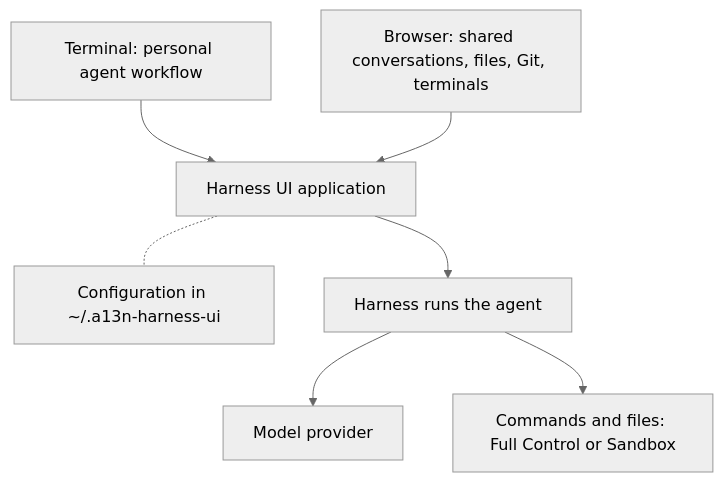
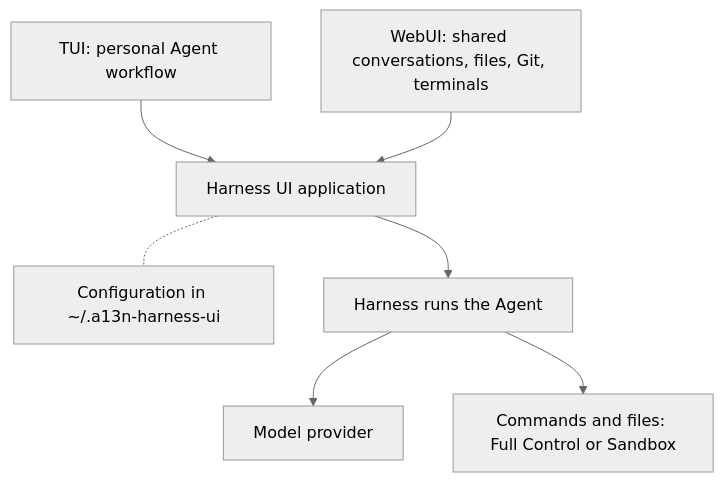
Before and after one commit to converge-ai-labs/agent-foundation: the diagram in docs/a13n-harness-ui/index.md, drawn with Mermaid (neutral theme). The commit also changed other lines of this file and 199 other files, not shown here.

````diff
--- a/docs/a13n-harness-ui/index.md
+++ b/docs/a13n-harness-ui/index.md
@@ -11,14 +11,14 @@
 ```mermaid
 flowchart TB
-    Terminal["Terminal: personal agent workflow"] --> App["Harness UI application"]
-    Browser["Browser: shared conversations, files, Git, terminals"] --> App
+    Terminal["TUI: personal Agent workflow"] --> App["Harness UI application"]
+    Browser["WebUI: shared conversations, files, Git, terminals"] --> App
     App <-.- Config["Configuration in ~/.a13n-harness-ui"]
-    App --> Harness["Harness runs the agent"]
+    App --> Harness["Harness runs the Agent"]
     Harness --> Model["Model provider"]
     Harness --> Execution["Commands and files: Full Control or Sandbox"]
 
     class Terminal,Browser app
     class App,Harness a13n
     class Config store
     class Model,Execution ext
 ```
````
